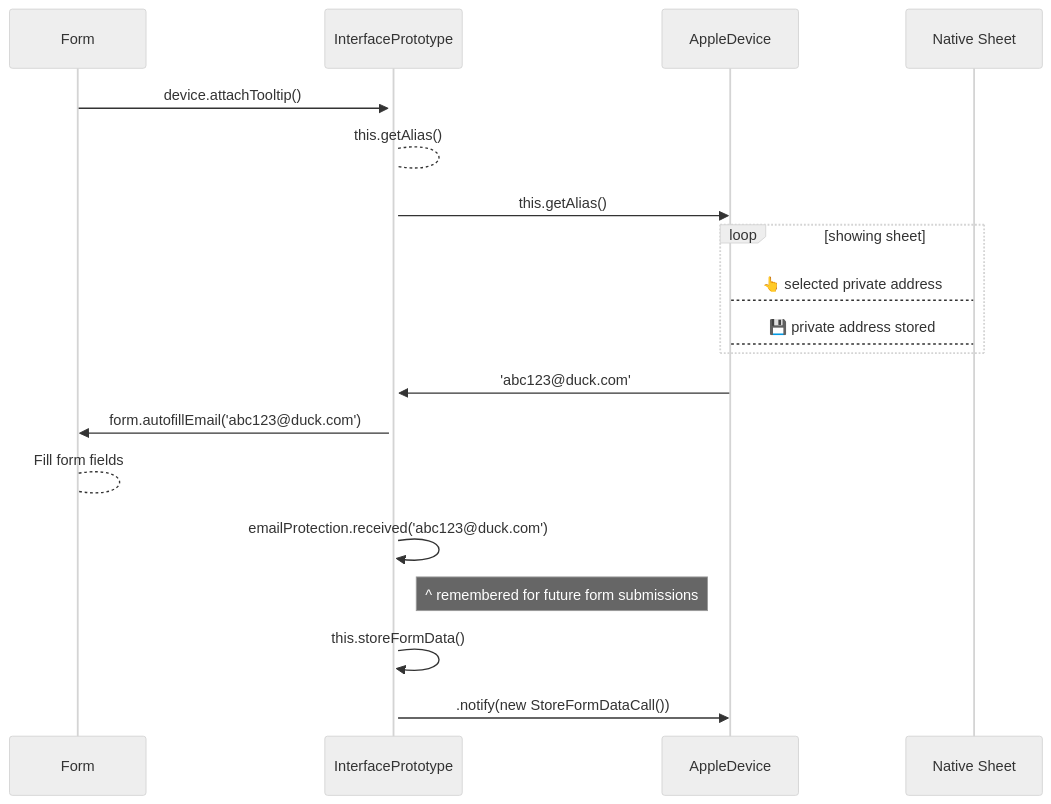
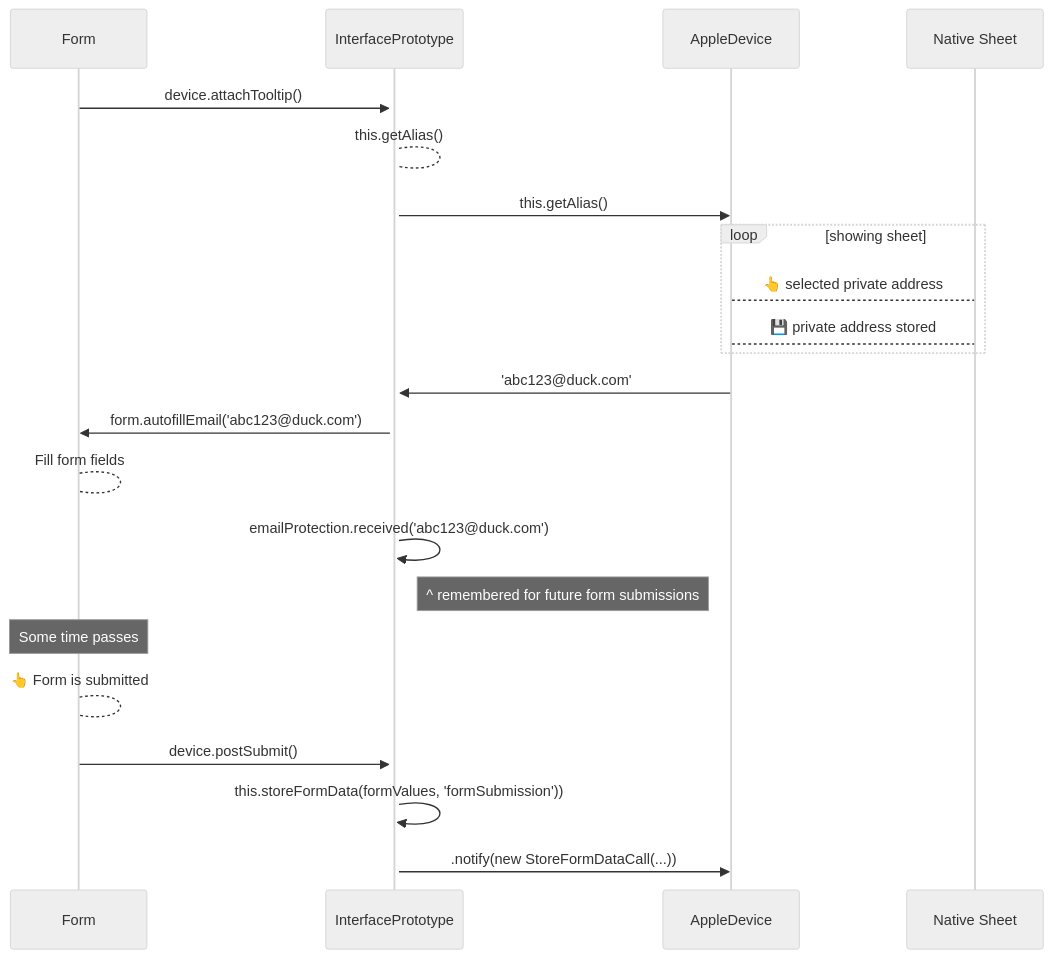
One commit to duckduckgo/duckduckgo-autofill changed the diagram in docs/email-protection.md. Above: the diagram before and after it, drawn with Mermaid (neutral theme). The commit also changed 1 other file, not shown here.

Commit message:
docs: more details in macos/mobile diagrams

````diff
--- a/docs/email-protection.md
+++ b/docs/email-protection.md
@@ -8,17 +8,20 @@
 ```mermaid
 sequenceDiagram
     Form->>+InterfacePrototype: device.attachTooltip()
     InterfacePrototype-->InterfacePrototype: this.getAlias()
     InterfacePrototype->>AppleDevice: this.getAlias()
     loop showing sheet
         AppleDevice-->Native Sheet: 👆 selected private address
         AppleDevice-->Native Sheet: 💾 private address stored
     end
     AppleDevice->>InterfacePrototype: 'abc123@duck.com'
     InterfacePrototype->>Form: form.autofillEmail('abc123@duck.com')
     Form-->Form: Fill form fields
     InterfacePrototype->>InterfacePrototype: emailProtection.received('abc123@duck.com')
     Note right of InterfacePrototype: ^ remembered for future form submissions
-    InterfacePrototype->>InterfacePrototype: this.storeFormData()
-    InterfacePrototype->>AppleDevice: .notify(new StoreFormDataCall())
+    Note over Form: Some time passes
+    Form-->Form: 👆 Form is submitted
+    Form->>InterfacePrototype: device.postSubmit()
+    InterfacePrototype->>InterfacePrototype: this.storeFormData(formValues, 'formSubmission'))
+    InterfacePrototype->>AppleDevice: .notify(new StoreFormDataCall(...))
 ```
````
